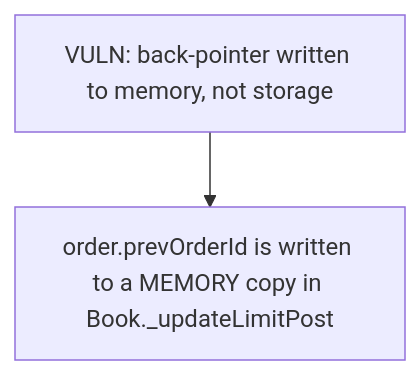
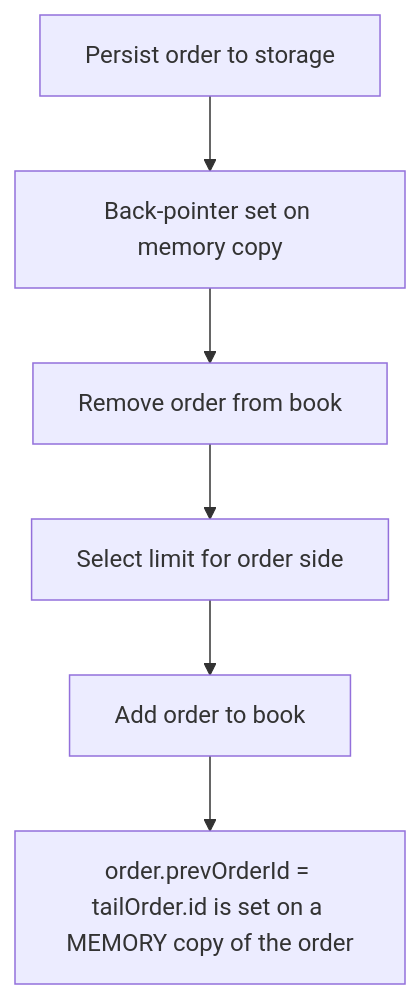
One commit to sanbir/evm-hack-registry changed the diagram in 64869-h-01-order-double-linked-list-is-broken-because-orderprevord_exp/64869-h-01-order-double-linked-list-is-broken-because-orderprevord_exp.md. Above: the diagram before and after it, drawn with Mermaid. The commit also changed other lines of this file and 79 other files, not shown here.

````diff
--- a/64869-h-01-order-double-linked-list-is-broken-because-orderprevord_exp/64869-h-01-order-double-linked-list-is-broken-because-orderprevord_exp.md
+++ b/64869-h-01-order-double-linked-list-is-broken-because-orderprevord_exp/64869-h-01-order-double-linked-list-is-broken-because-orderprevord_exp.md
@@ -28,6 +28,14 @@
 ```mermaid
 flowchart TD
-  S0["VULN: back-pointer written to memory, not storage"]
-  H["order.prevOrderId is written to a MEMORY copy in Book._updateLimitPost"]
-  S0 --> H
+  S0["Persist order to storage"]
+  S1["Back-pointer set on memory copy"]
+  S2["Remove order from book"]
+  S3["Select limit for order side"]
+  S4["Add order to book"]
+  H["order.prevOrderId = tailOrder.id is set on a MEMORY copy of the order "]
+  S0 --> S1
+  S1 --> S2
+  S2 --> S3
+  S3 --> S4
+  S4 --> H
 ```
````
